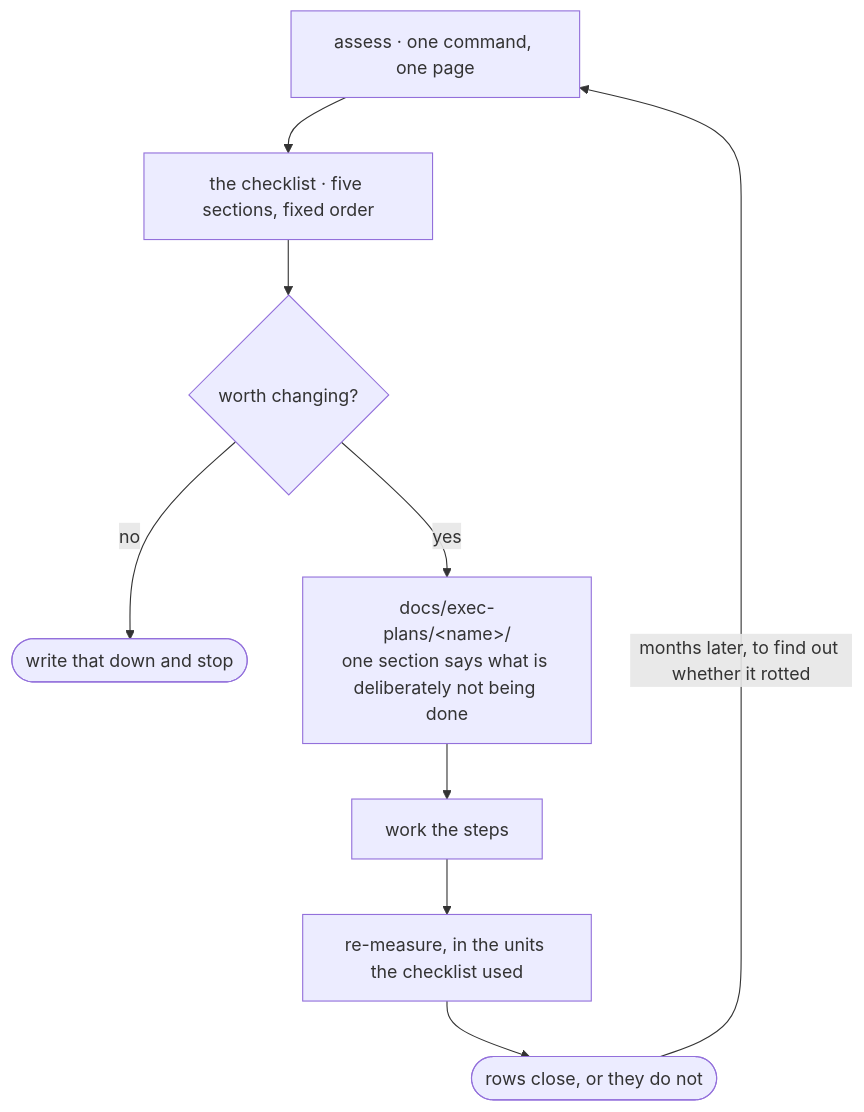
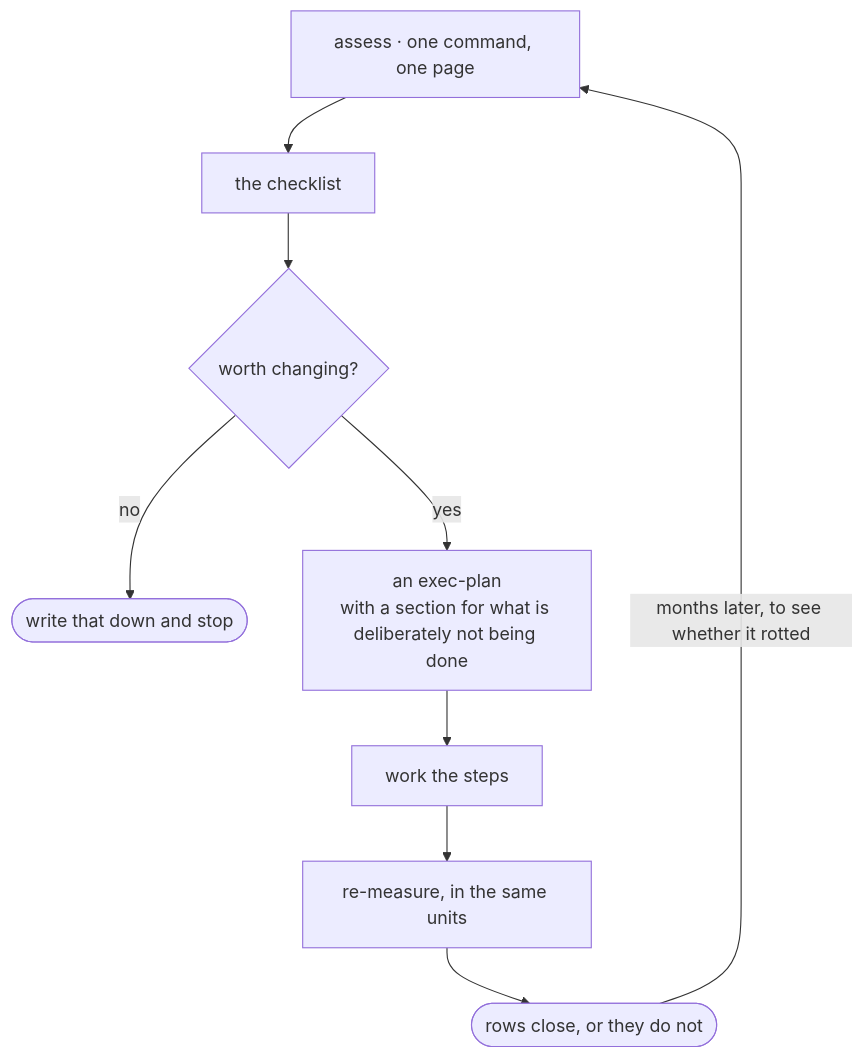
The diagram in README.md (WangChangxin0809/cc-repo-harness), drawn with Mermaid before and after one commit. The commit also changed other lines of this file and 1 other file, not shown here.

First line of the commit message:
The README and the assess guide are written for the person who reads them once (#44)

````diff
--- a/README.md
+++ b/README.md
@@ -160,11 +97,11 @@
 ```mermaid
 flowchart TD
-    A["assess · one command, one page"] --> L["the checklist · five sections, fixed order"]
+    A["assess · one command, one page"] --> L["the checklist"]
     L --> Q{"worth changing?"}
     Q -->|"no"| Z(["write that down and stop"])
-    Q -->|"yes"| P["docs/exec-plans/&lt;name&gt;/<br/>one section says what is deliberately not being done"]
+    Q -->|"yes"| P["an exec-plan<br/>with a section for what is deliberately not being done"]
     P --> W["work the steps"]
-    W --> R["re-measure, in the units the checklist used"]
+    W --> R["re-measure, in the same units"]
     R --> C(["rows close, or they do not"])
-    C -->|"months later, to find out whether it rotted"| A
+    C -->|"months later, to see whether it rotted"| A
 ```
````
